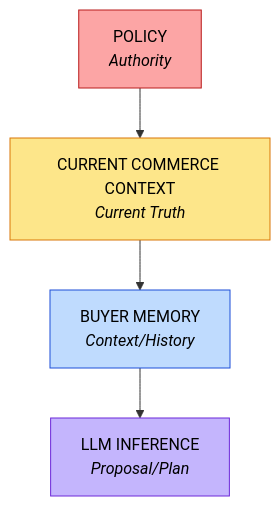
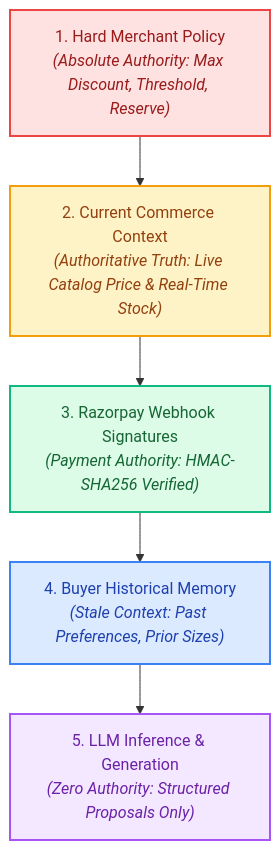
Before and after one commit to Tanish9022/PolicyShield: the second of 5 diagrams in docs/ARCHITECTURE.md, drawn with Mermaid. The commit also changed other lines of this file and 16 other files, not shown here.

Commit message:
docs: enrich README and ARCHITECTURE with HTML and Mermaid diagrams; remove demo script

````diff
--- a/docs/ARCHITECTURE.md
+++ b/docs/ARCHITECTURE.md
@@ -13,16 +88,19 @@
 ```mermaid
 graph TD
-    A[POLICY<br><i>Authority</i>] --> B[CURRENT COMMERCE CONTEXT<br><i>Current Truth</i>]
-    B --> C[BUYER MEMORY<br><i>Context/History</i>]
-    C --> D[LLM INFERENCE<br><i>Proposal/Plan</i>]
+    A["1. Hard Merchant Policy<br/><i>(Absolute Authority: Max Discount, Threshold, Reserve)</i>"]
+    B["2. Current Commerce Context<br/><i>(Authoritative Truth: Live Catalog Price & Real-Time Stock)</i>"]
+    C["3. Razorpay Webhook Signatures<br/><i>(Payment Authority: HMAC-SHA256 Verified)</i>"]
+    D["4. Buyer Historical Memory<br/><i>(Stale Context: Past Preferences, Prior Sizes)</i>"]
+    E["5. LLM Inference & Generation<br/><i>(Zero Authority: Structured Proposals Only)</i>"]
 
-    classDef authority fill:#fca5a5,stroke:#b91c1c,color:#000
-    classDef truth fill:#fde68a,stroke:#d97706,color:#000
-    classDef memory fill:#bfdbfe,stroke:#1d4ed8,color:#000
-    classDef ai fill:#c4b5fd,stroke:#6d28d9,color:#000
+    A --> B
+    B --> C
+    C --> D
+    D --> E
 
-    class A authority
-    class B truth
-    class C memory
-    class D ai
+    style A fill:#fee2e2,stroke:#ef4444,stroke-width:2px,color:#991b1b
+    style B fill:#fef3c7,stroke:#f59e0b,stroke-width:2px,color:#92400e
+    style C fill:#dcfce7,stroke:#10b981,stroke-width:2px,color:#166534
+    style D fill:#dbeafe,stroke:#3b82f6,stroke-width:2px,color:#1e40af
+    style E fill:#f3e8ff,stroke:#a855f7,stroke-width:2px,color:#6b21a8
 ```
````
